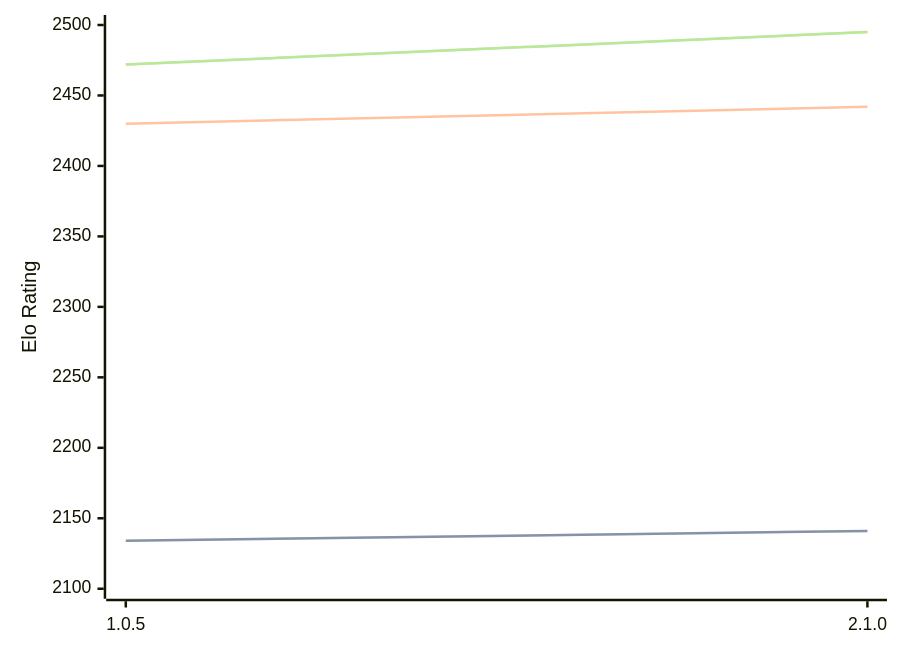
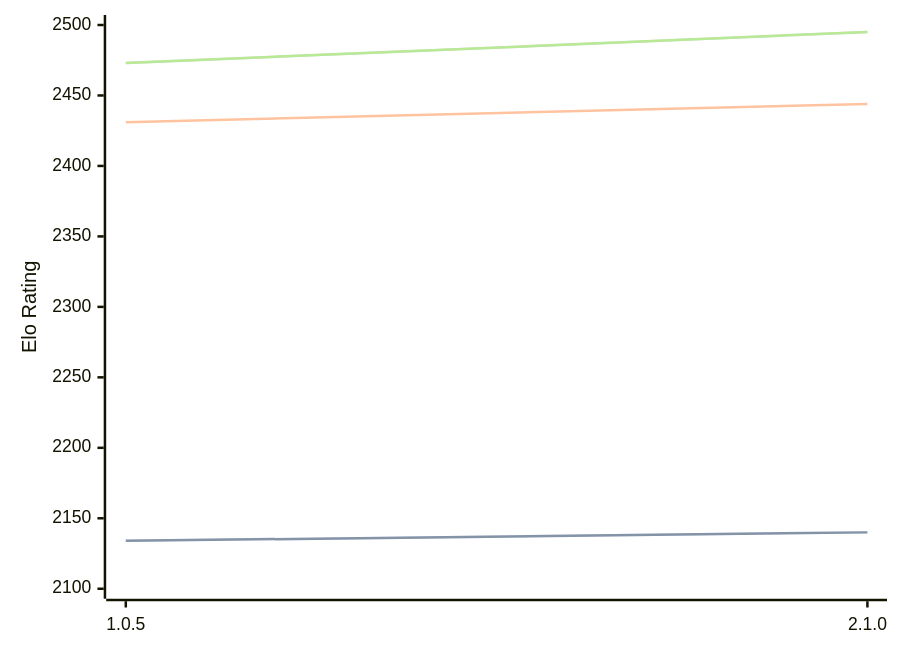
Before and after one commit to computer-chess-index/cci: the first of 3 diagrams in engines/Ruffian.md, drawn with Mermaid. The commit also changed other lines of this file, not shown here.

Commit message:
Update CCI Ratings (ELO VLTC) - 2026-06-23

````diff
--- a/engines/Ruffian.md
+++ b/engines/Ruffian.md
@@ -32,11 +32,11 @@
 ```mermaid
 %%{init: {"theme":"base","themeVariables":{"seriesColors:['#a3a3a3','#222221','#faa371']}}}%%
 xychart-beta
   x-axis ["1.0.5", "2.1.0"]
   y-axis "Elo Rating" 2100 --> 2500
-  line "STC (8.0+0.08s)" [2134, 2141]
-  line "STC (8.0+0.08s)" [2134, 2141]
-  line "LTC (60.0+0.60s)" [2430, 2442]
-  line "VLTC (2m24s+1.12s)" [2472, 2495]
-  line "VLTC (2m24s+1.12s)" [2472, 2495]
+  line "STC (8.0+0.08s)" [2134, 2140]
+  line "STC (8.0+0.08s)" [2134, 2140]
+  line "LTC (60.0+0.60s)" [2431, 2444]
+  line "VLTC (2m24s+1.12s)" [2473, 2495]
+  line "VLTC (2m24s+1.12s)" [2473, 2495]
 ```
````
